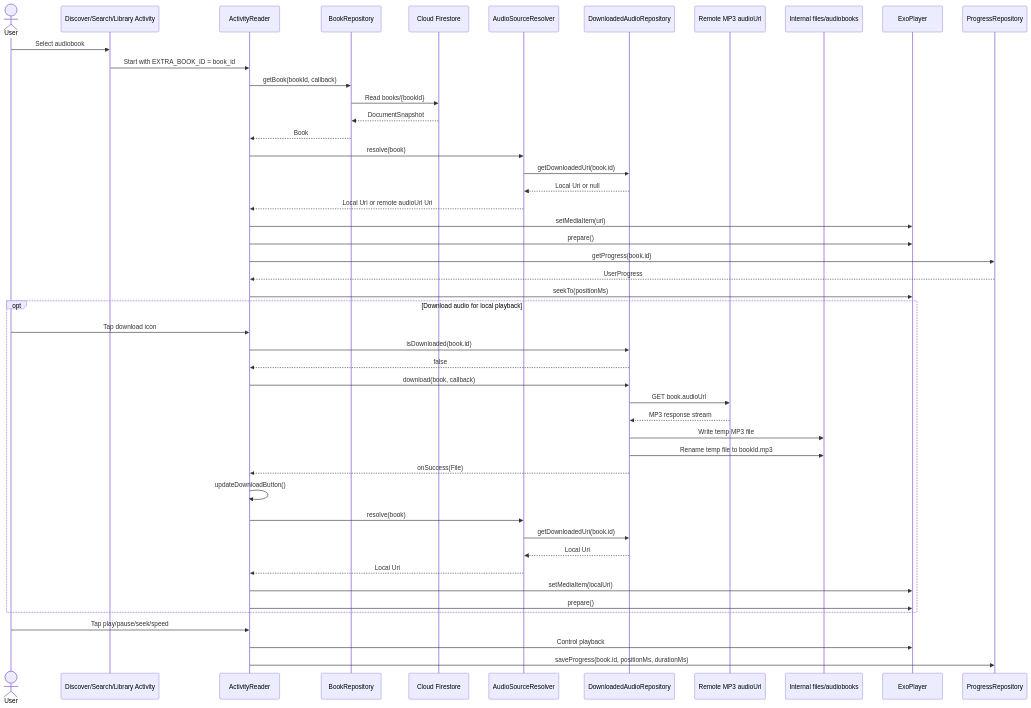
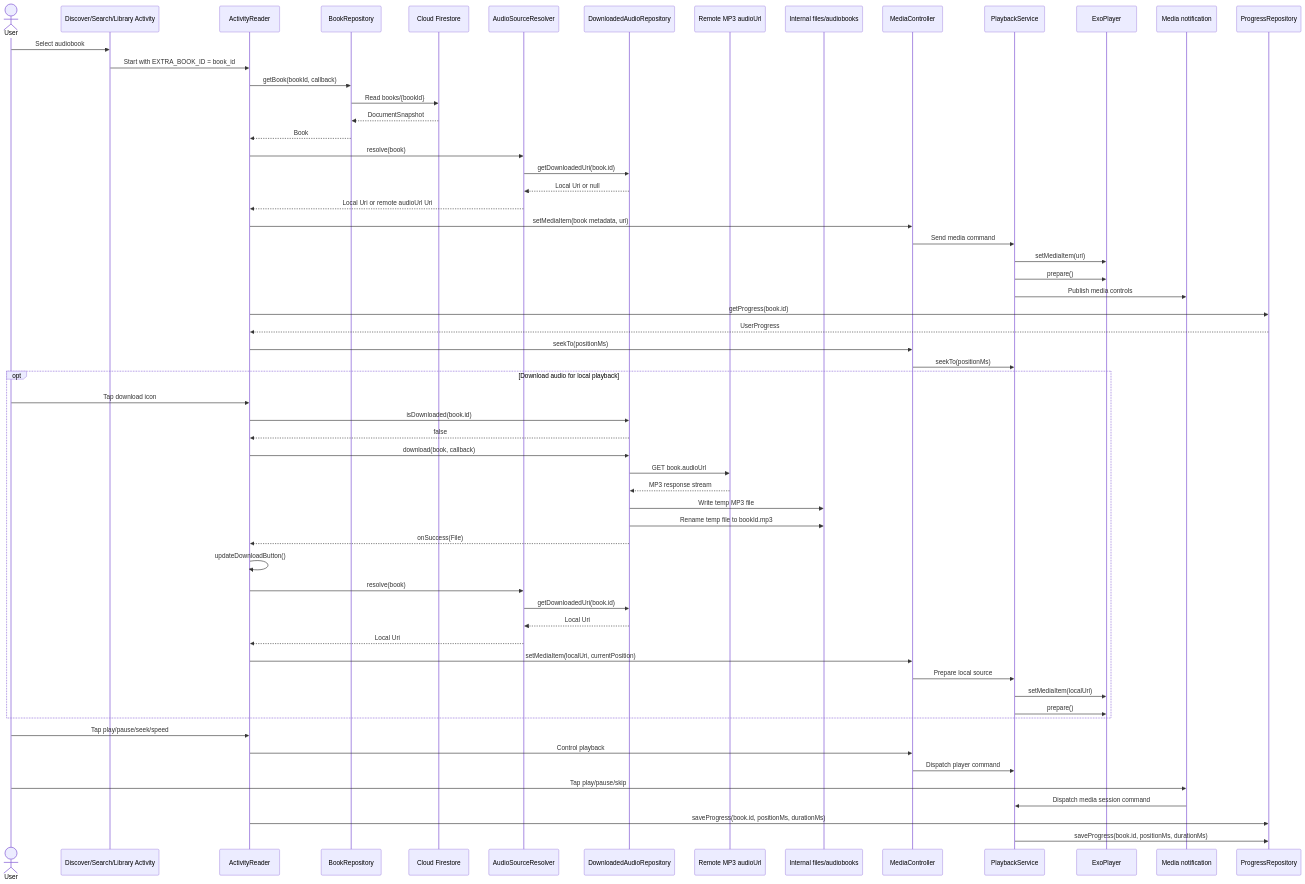
One commit to LeeVuKhang/Fonos_Group13 changed the fifth of 8 diagrams in README.md. Above: the diagram before and after it, drawn with Mermaid. The commit also changed other lines of this file, not shown here.

Commit message:
Update docs for playback service

````diff
--- a/README.md
+++ b/README.md
@@ -390,51 +409,64 @@
 ```mermaid
 sequenceDiagram
     actor User
     participant Discover as Discover/Search/Library Activity
     participant Reader as ActivityReader
     participant BookRepo as BookRepository
     participant Firestore as Cloud Firestore
     participant Resolver as AudioSourceResolver
     participant DownloadRepo as DownloadedAudioRepository
     participant RemoteAudio as Remote MP3 audioUrl
     participant InternalFiles as Internal files/audiobooks
+    participant Controller as MediaController
+    participant Service as PlaybackService
     participant Player as ExoPlayer
+    participant Notification as Media notification
     participant ProgressRepo as ProgressRepository
 
     User->>Discover: Select audiobook
     Discover->>Reader: Start with EXTRA_BOOK_ID = book_id
     Reader->>BookRepo: getBook(bookId, callback)
     BookRepo->>Firestore: Read books/{bookId}
     Firestore-->>BookRepo: DocumentSnapshot
     BookRepo-->>Reader: Book
     Reader->>Resolver: resolve(book)
     Resolver->>DownloadRepo: getDownloadedUri(book.id)
     DownloadRepo-->>Resolver: Local Uri or null
     Resolver-->>Reader: Local Uri or remote audioUrl Uri
-    Reader->>Player: setMediaItem(uri)
-    Reader->>Player: prepare()
+    Reader->>Controller: setMediaItem(book metadata, uri)
+    Controller->>Service: Send media command
+    Service->>Player: setMediaItem(uri)
+    Service->>Player: prepare()
+    Service->>Notification: Publish media controls
     Reader->>ProgressRepo: getProgress(book.id)
     ProgressRepo-->>Reader: UserProgress
-    Reader->>Player: seekTo(positionMs)
+    Reader->>Controller: seekTo(positionMs)
+    Controller->>Service: seekTo(positionMs)
     opt Download audio for local playback
         User->>Reader: Tap download icon
         Reader->>DownloadRepo: isDownloaded(book.id)
         DownloadRepo-->>Reader: false
         Reader->>DownloadRepo: download(book, callback)
         DownloadRepo->>RemoteAudio: GET book.audioUrl
         RemoteAudio-->>DownloadRepo: MP3 response stream
         DownloadRepo->>InternalFiles: Write temp MP3 file
         DownloadRepo->>InternalFiles: Rename temp file to bookId.mp3
         DownloadRepo-->>Reader: onSuccess(File)
         Reader->>Reader: updateDownloadButton()
         Reader->>Resolver: resolve(book)
         Resolver->>DownloadRepo: getDownloadedUri(book.id)
         DownloadRepo-->>Resolver: Local Uri
         Resolver-->>Reader: Local Uri
-        Reader->>Player: setMediaItem(localUri)
-        Reader->>Player: prepare()
+        Reader->>Controller: setMediaItem(localUri, currentPosition)
+        Controller->>Service: Prepare local source
+        Service->>Player: setMediaItem(localUri)
+        Service->>Player: prepare()
     end
     User->>Reader: Tap play/pause/seek/speed
-    Reader->>Player: Control playback
+    Reader->>Controller: Control playback
+    Controller->>Service: Dispatch player command
+    User->>Notification: Tap play/pause/skip
+    Notification->>Service: Dispatch media session command
     Reader->>ProgressRepo: saveProgress(book.id, positionMs, durationMs)
+    Service->>ProgressRepo: saveProgress(book.id, positionMs, durationMs)
 ```
````
